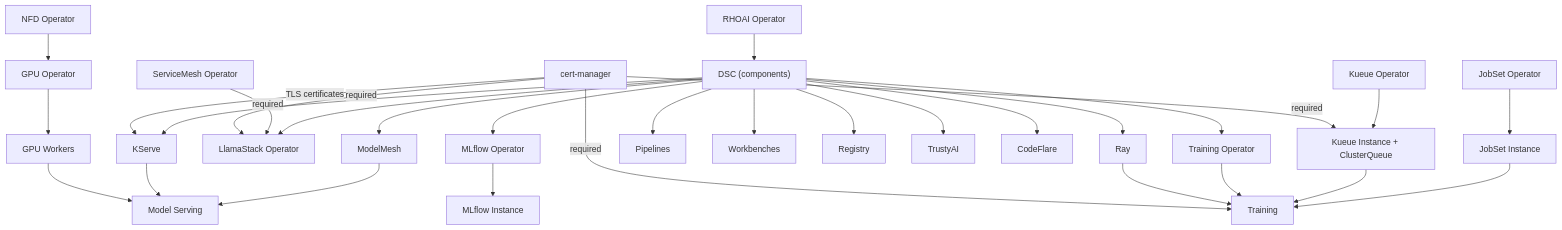
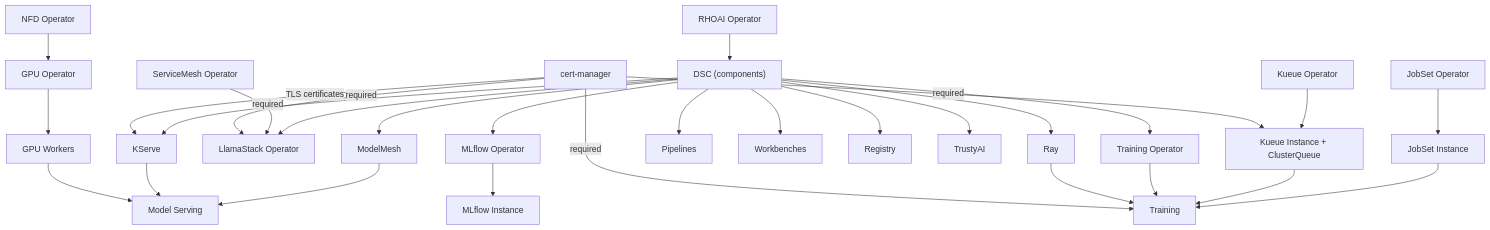
Before and after one commit to rrbanda/rhoai-deploy-gitops: the diagram in docs/capabilities/index.md, drawn with Mermaid. The commit also changed other lines of this file and 30 other files, not shown here.

````diff
--- a/docs/capabilities/index.md
+++ b/docs/capabilities/index.md
@@ -21,32 +21,31 @@
 ```mermaid
 graph TD
   CertMgr["cert-manager"] -->|"TLS certificates"| KServe["KServe"]
   CertMgr -->|"required"| KueueInst["Kueue Instance + ClusterQueue"]
   CertMgr -->|"required"| Training["Training"]
   CertMgr -->|"required"| LlamaStackOp["LlamaStack Operator"]
   ServiceMesh["ServiceMesh Operator"] -->|"required"| LlamaStackOp
   NFD["NFD Operator"] --> GPU["GPU Operator"]
   KueueOp["Kueue Operator"] --> KueueInst
   JobSetOp["JobSet Operator"] --> JobSetInst["JobSet Instance"]
   RHOAI["RHOAI Operator"] --> DSC["DSC (components)"]
   GPU --> GPUWorkers["GPU Workers"]
   DSC --> KServe
   DSC --> ModelMesh["ModelMesh"]
   DSC --> Pipelines["Pipelines"]
   DSC --> Workbenches["Workbenches"]
   DSC --> Registry["Registry"]
   DSC --> TrustyAI["TrustyAI"]
-  DSC --> CodeFlare["CodeFlare"]
   DSC --> MLflow["MLflow Operator"]
   MLflow --> MLflowInst["MLflow Instance"]
   DSC --> LlamaStackOp
   GPUWorkers --> ModelServing["Model Serving"]
   KServe --> ModelServing
   ModelMesh --> ModelServing
   DSC --> Ray["Ray"]
   DSC --> TrainOp["Training Operator"]
   Ray --> Training
   TrainOp --> Training
   KueueInst --> Training
   JobSetInst --> Training
 ```
````
